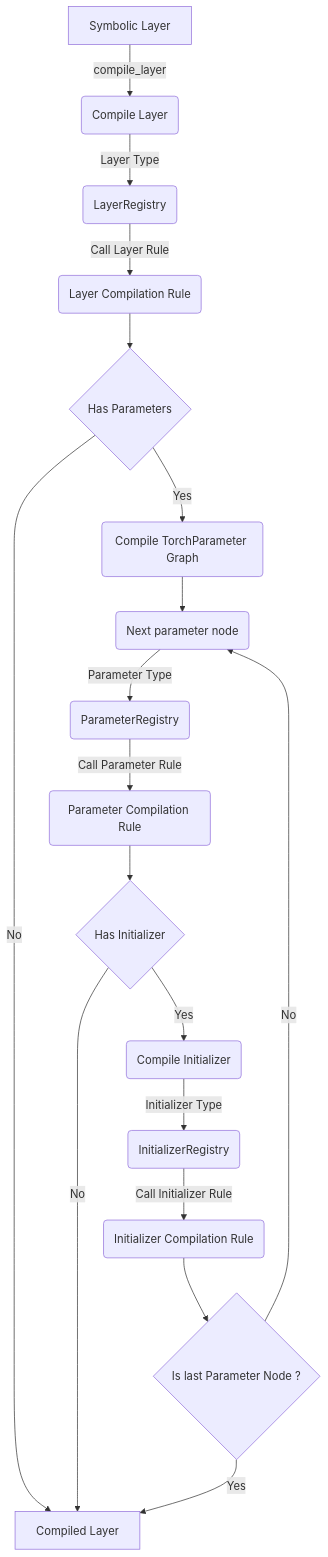
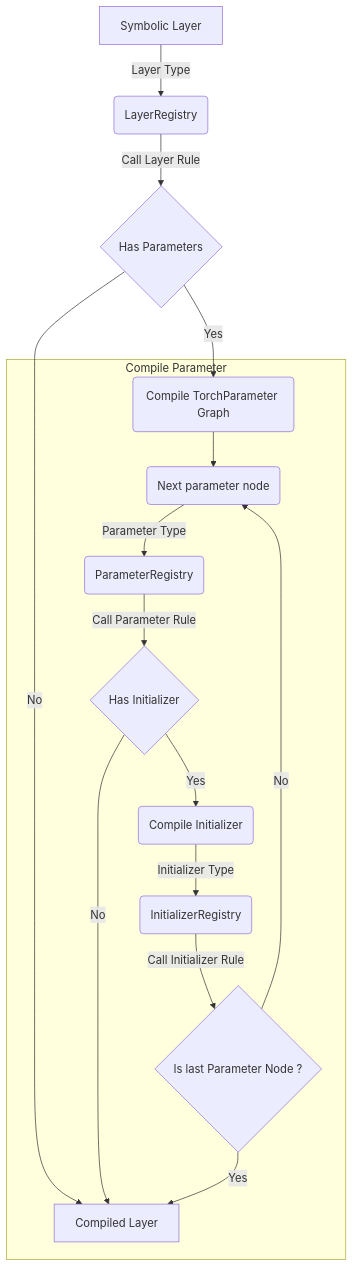
The diagram in docs/handbook-cirkit-torch-compiler/compilation.md (april-tools/cirkit), drawn with Mermaid before and after one commit. The commit also changed 4 other files, not shown here.

````diff
--- a/docs/handbook-cirkit-torch-compiler/compilation.md
+++ b/docs/handbook-cirkit-torch-compiler/compilation.md
@@ -39,22 +39,20 @@
 ```mermaid
 flowchart TD
-    A["Symbolic Layer"] -- compile_layer --> B("Compile Layer")
-    B -- Layer Type --> LReg("LayerRegistry")
-    LReg -- Call Layer Rule --> LFunc("Layer Compilation Rule")
-    LFunc --> hasP{"Has Parameters"}
+    A["Symbolic Layer"] -- Layer Type --> LReg("LayerRegistry")
+    LReg -- Call Layer Rule --> hasP{"Has Parameters"}
     hasP -- No --> CL["Compiled Layer"]
     hasP -- Yes --> PComp("Compile TorchParameter Graph")
 
-    PComp --> nextPara("Next parameter node")
+    subgraph Compile Parameter
+      PComp --> nextPara("Next parameter node")
 
-    nextPara -- Parameter Type --> PReg("ParameterRegistry")
-    PReg --  Call Parameter Rule --> PFunc("Parameter Compilation Rule")
-    PFunc --> hasI{"Has Initializer"}
-    hasI -- No --> CL
-    hasI -- Yes --> IComp("Compile Initializer")
-    IComp -- Initializer Type --> IReg("InitializerRegistry")
-    IReg -- Call Initializer Rule --> IFunc("Initializer Compilation Rule")
-    IFunc--> ILParam{"Is last Parameter Node ?"}
-    ILParam -- Yes --> CL
-    ILParam -- No --> nextPara
+      nextPara -- Parameter Type --> PReg("ParameterRegistry")
+      PReg --  Call Parameter Rule --> hasI{"Has Initializer"}
+      hasI -- No --> CL
+      hasI -- Yes --> IComp("Compile Initializer")
+      IComp -- Initializer Type --> IReg("InitializerRegistry")
+      IReg -- Call Initializer Rule --> ILParam{"Is last Parameter Node ?"}
+      ILParam -- Yes --> CL
+      ILParam -- No --> nextPara
+    end
 ```
````
